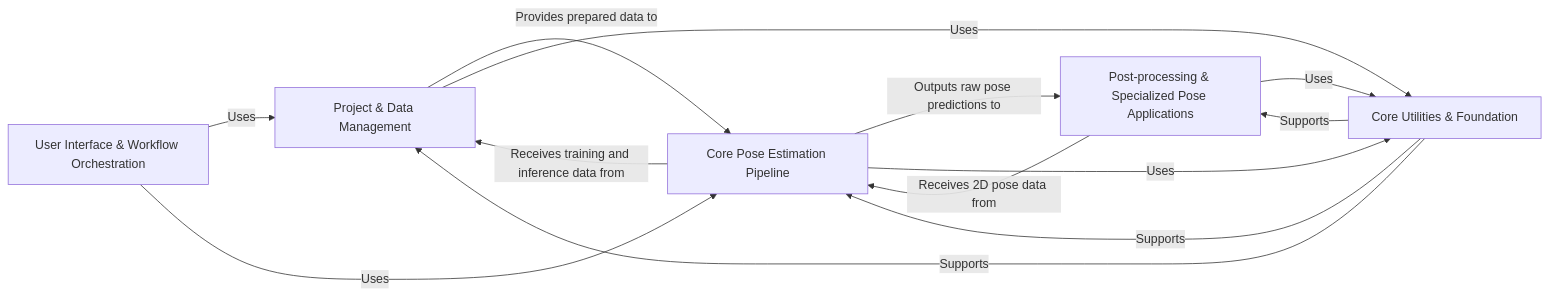
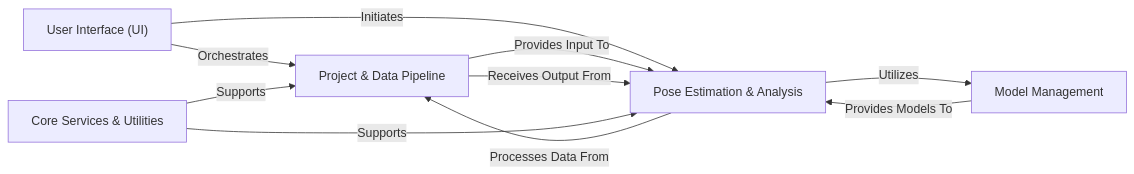
One commit to CodeBoarding/GeneratedOnBoardings changed the diagram in DeepLabCut/on_boarding.md. Above: the diagram before and after it, drawn with Mermaid. The commit also changed other lines of this file and 10 other files, not shown here.

Commit message:
Uploading onboarding materials for DeepLabCut

````diff
--- a/DeepLabCut/on_boarding.md
+++ b/DeepLabCut/on_boarding.md
@@ -1,25 +1,22 @@
 ```mermaid
 graph LR
-    User_Interface_Workflow_Orchestration["User Interface & Workflow Orchestration"]
-    Project_Data_Management["Project & Data Management"]
-    Core_Pose_Estimation_Pipeline["Core Pose Estimation Pipeline"]
-    Post_processing_Specialized_Pose_Applications["Post-processing & Specialized Pose Applications"]
-    Core_Utilities_Foundation["Core Utilities & Foundation"]
-    User_Interface_Workflow_Orchestration -- "Uses" --> Project_Data_Management
-    User_Interface_Workflow_Orchestration -- "Uses" --> Core_Pose_Estimation_Pipeline
-    Project_Data_Management -- "Provides prepared data to" --> Core_Pose_Estimation_Pipeline
-    Project_Data_Management -- "Uses" --> Core_Utilities_Foundation
-    Core_Pose_Estimation_Pipeline -- "Receives training and inference data from" --> Project_Data_Management
-    Core_Pose_Estimation_Pipeline -- "Outputs raw pose predictions to" --> Post_processing_Specialized_Pose_Applications
-    Core_Pose_Estimation_Pipeline -- "Uses" --> Core_Utilities_Foundation
-    Post_processing_Specialized_Pose_Applications -- "Receives 2D pose data from" --> Core_Pose_Estimation_Pipeline
-    Post_processing_Specialized_Pose_Applications -- "Uses" --> Core_Utilities_Foundation
-    Core_Utilities_Foundation -- "Supports" --> Project_Data_Management
-    Core_Utilities_Foundation -- "Supports" --> Core_Pose_Estimation_Pipeline
-    Core_Utilities_Foundation -- "Supports" --> Post_processing_Specialized_Pose_Applications
-    click User_Interface_Workflow_Orchestration href "https://github.com/CodeBoarding/GeneratedOnBoardings/blob/main/DeepLabCut/User_Interface_Workflow_Orchestration.md" "Details"
-    click Project_Data_Management href "https://github.com/CodeBoarding/GeneratedOnBoardings/blob/main/DeepLabCut/Project_Data_Management.md" "Details"
-    click Core_Pose_Estimation_Pipeline href "https://github.com/CodeBoarding/GeneratedOnBoardings/blob/main/DeepLabCut/Core_Pose_Estimation_Pipeline.md" "Details"
-    click Post_processing_Specialized_Pose_Applications href "https://github.com/CodeBoarding/GeneratedOnBoardings/blob/main/DeepLabCut/Post_processing_Specialized_Pose_Applications.md" "Details"
-    click Core_Utilities_Foundation href "https://github.com/CodeBoarding/GeneratedOnBoardings/blob/main/DeepLabCut/Core_Utilities_Foundation.md" "Details"
+    User_Interface_UI_["User Interface (UI)"]
+    Project_Data_Pipeline["Project & Data Pipeline"]
+    Pose_Estimation_Analysis["Pose Estimation & Analysis"]
+    Model_Management["Model Management"]
+    Core_Services_Utilities["Core Services & Utilities"]
+    User_Interface_UI_ -- "Orchestrates" --> Project_Data_Pipeline
+    User_Interface_UI_ -- "Initiates" --> Pose_Estimation_Analysis
+    Project_Data_Pipeline -- "Provides Input To" --> Pose_Estimation_Analysis
+    Project_Data_Pipeline -- "Receives Output From" --> Pose_Estimation_Analysis
+    Pose_Estimation_Analysis -- "Processes Data From" --> Project_Data_Pipeline
+    Pose_Estimation_Analysis -- "Utilizes" --> Model_Management
+    Model_Management -- "Provides Models To" --> Pose_Estimation_Analysis
+    Core_Services_Utilities -- "Supports" --> Project_Data_Pipeline
+    Core_Services_Utilities -- "Supports" --> Pose_Estimation_Analysis
+    click User_Interface_UI_ href "https://github.com/CodeBoarding/GeneratedOnBoardings/blob/main/DeepLabCut/User_Interface_UI_.md" "Details"
+    click Project_Data_Pipeline href "https://github.com/CodeBoarding/GeneratedOnBoardings/blob/main/DeepLabCut/Project_Data_Pipeline.md" "Details"
+    click Pose_Estimation_Analysis href "https://github.com/CodeBoarding/GeneratedOnBoardings/blob/main/DeepLabCut/Pose_Estimation_Analysis.md" "Details"
+    click Model_Management href "https://github.com/CodeBoarding/GeneratedOnBoardings/blob/main/DeepLabCut/Model_Management.md" "Details"
+    click Core_Services_Utilities href "https://github.com/CodeBoarding/GeneratedOnBoardings/blob/main/DeepLabCut/Core_Services_Utilities.md" "Details"
 ```
````
